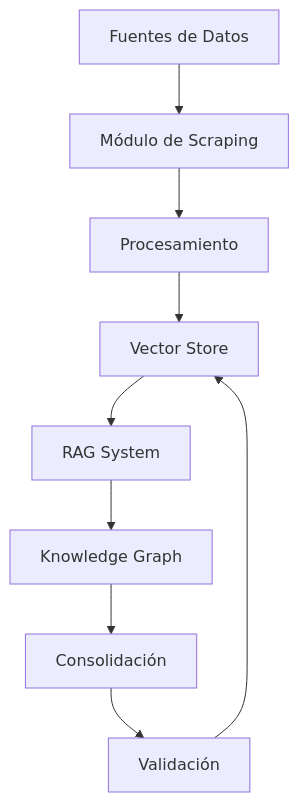
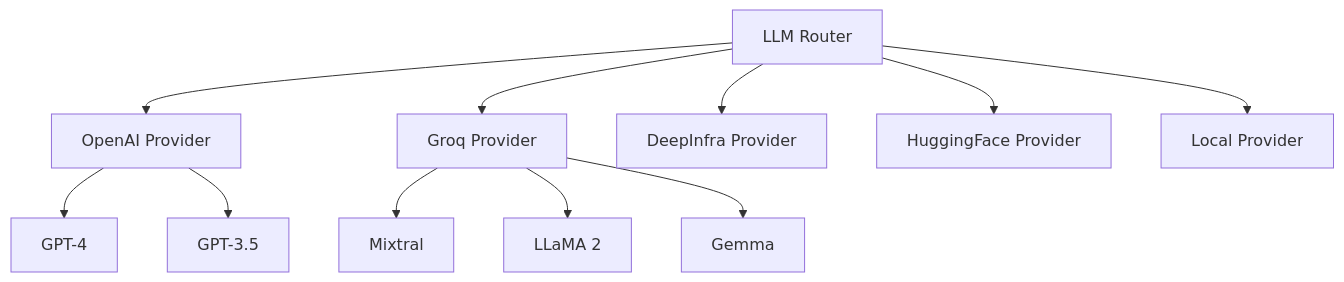
One commit to costarotela/Knowledge_Acquisition changed the first of 3 diagrams in project_status/ARCHITECTURE.md. Above: the diagram before and after it, drawn with Mermaid. The commit also changed other lines of this file and 2 other files, not shown here.

````diff
--- a/project_status/ARCHITECTURE.md
+++ b/project_status/ARCHITECTURE.md
@@ -5,11 +6,14 @@
 ```mermaid
-graph TB
-    A[Fuentes de Datos] --> B[Módulo de Scraping]
-    B --> C[Procesamiento]
-    C --> D[Vector Store]
-    D --> E[RAG System]
-    E --> F[Knowledge Graph]
-    F --> G[Consolidación]
-    G --> H[Validación]
-    H --> D
+graph TD
+    A[LLM Router] --> B[OpenAI Provider]
+    A --> C[Groq Provider]
+    A --> D[DeepInfra Provider]
+    A --> E[HuggingFace Provider]
+    A --> F[Local Provider]
+    
+    B --> G[GPT-4]
+    B --> H[GPT-3.5]
+    C --> I[Mixtral]
+    C --> J[LLaMA 2]
+    C --> K[Gemma]
 ```
````
